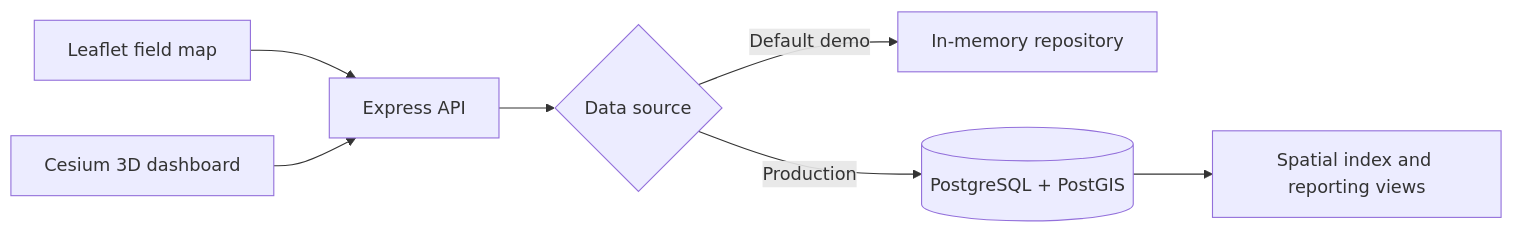
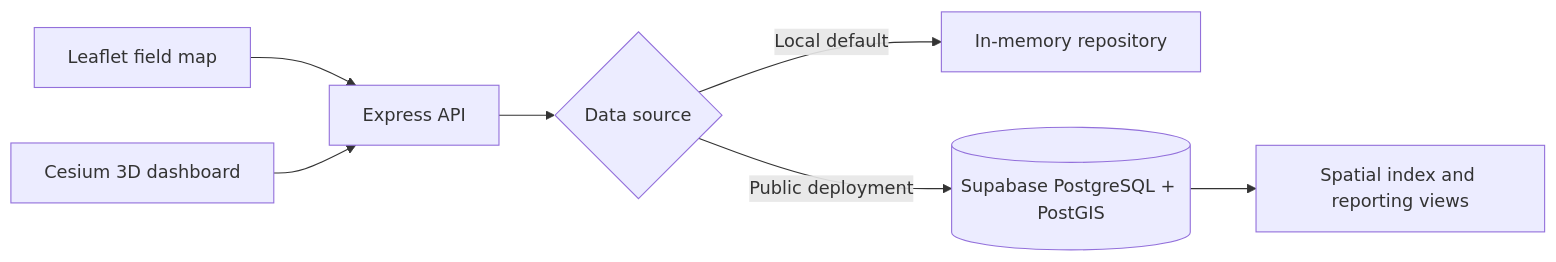
Before and after one commit to hyzhu711-oss/Hospital-queue-webgis: the diagram in README.md, drawn with Mermaid. The commit also changed other lines of this file and 7 other files, not shown here.

````diff
--- a/README.md
+++ b/README.md
@@ -29,9 +31,9 @@
 ```mermaid
 flowchart LR
   A[Leaflet field map] --> C[Express API]
   B[Cesium 3D dashboard] --> C
   C --> D{Data source}
-  D -->|Default demo| E[In-memory repository]
-  D -->|Production| F[(PostgreSQL + PostGIS)]
+  D -->|Local default| E[In-memory repository]
+  D -->|Public deployment| F[(Supabase PostgreSQL + PostGIS)]
   F --> G[Spatial index and reporting views]
 ```
````
